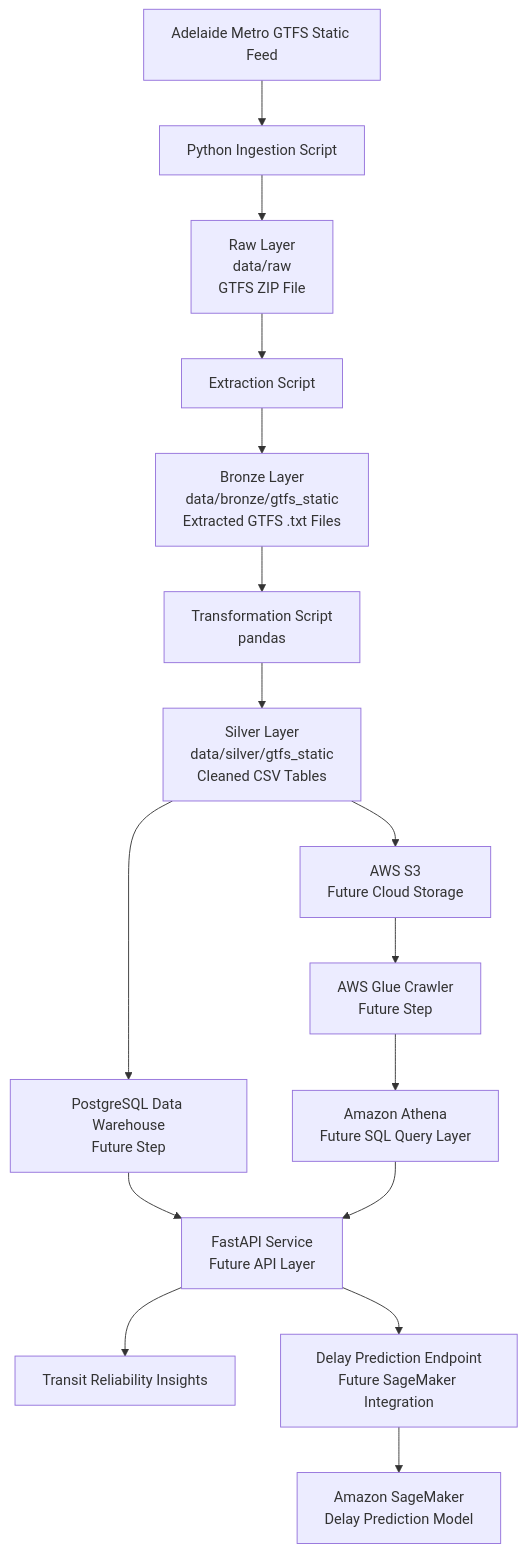
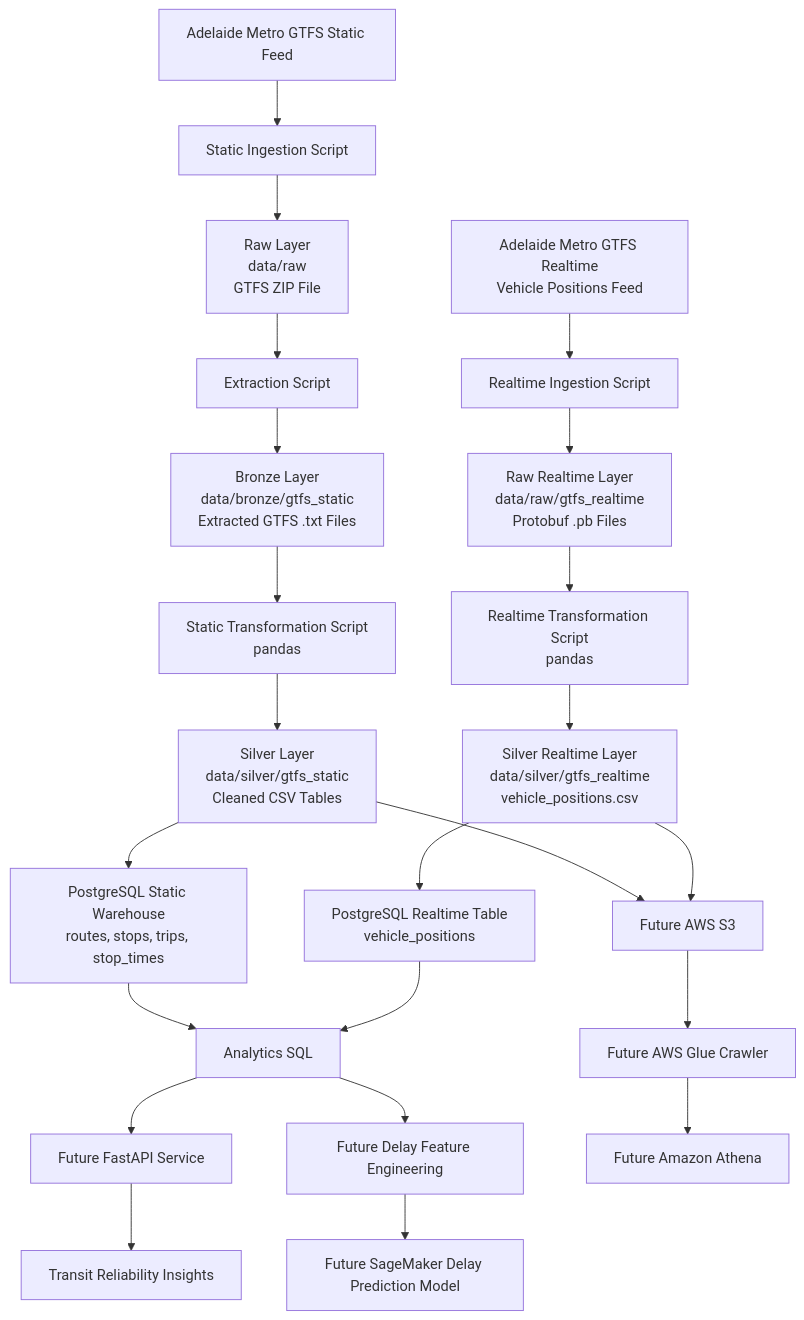
One commit to chaharminator/adelaide-transit-reliability-platform changed the first of 2 diagrams in README.md. Above: the diagram before and after it, drawn with Mermaid. The commit also changed other lines of this file, not shown here.

Commit message:
Update README with current static and realtime pipeline documentation

````diff
--- a/README.md
+++ b/README.md
@@ -26,26 +75,30 @@
 ```mermaid
 flowchart TD
-    A[Adelaide Metro GTFS Static Feed] --> B[Python Ingestion Script]
-
+    A[Adelaide Metro GTFS Static Feed] --> B[Static Ingestion Script]
     B --> C[Raw Layer<br/>data/raw<br/>GTFS ZIP File]
-
     C --> D[Extraction Script]
     D --> E[Bronze Layer<br/>data/bronze/gtfs_static<br/>Extracted GTFS .txt Files]
+    E --> F[Static Transformation Script<br/>pandas]
+    F --> G[Silver Layer<br/>data/silver/gtfs_static<br/>Cleaned CSV Tables]
+    G --> H[PostgreSQL Static Warehouse<br/>routes, stops, trips, stop_times]
 
-    E --> F[Transformation Script<br/>pandas]
-    F --> G[Silver Layer<br/>data/silver/gtfs_static<br/>Cleaned CSV Tables]
+    I[Adelaide Metro GTFS Realtime<br/>Vehicle Positions Feed] --> J[Realtime Ingestion Script]
+    J --> K[Raw Realtime Layer<br/>data/raw/gtfs_realtime<br/>Protobuf .pb Files]
+    K --> L[Realtime Transformation Script<br/>pandas]
+    L --> M[Silver Realtime Layer<br/>data/silver/gtfs_realtime<br/>vehicle_positions.csv]
+    M --> N[PostgreSQL Realtime Table<br/>vehicle_positions]
 
-    G --> H[PostgreSQL Data Warehouse<br/>Future Step]
-    G --> I[AWS S3<br/>Future Cloud Storage]
+    H --> O[Analytics SQL]
+    N --> O
 
-    I --> J[AWS Glue Crawler<br/>Future Step]
-    J --> K[Amazon Athena<br/>Future SQL Query Layer]
+    O --> P[Future FastAPI Service]
+    P --> Q[Transit Reliability Insights]
 
-    H --> L[FastAPI Service<br/>Future API Layer]
-    K --> L
+    O --> R[Future Delay Feature Engineering]
+    R --> S[Future SageMaker Delay Prediction Model]
 
-    L --> M[Transit Reliability Insights]
-    L --> N[Delay Prediction Endpoint<br/>Future SageMaker Integration]
-
-    N --> O[Amazon SageMaker<br/>Delay Prediction Model]
+    G --> T[Future AWS S3]
+    M --> T
+    T --> U[Future AWS Glue Crawler]
+    U --> V[Future Amazon Athena]
 ```
````
